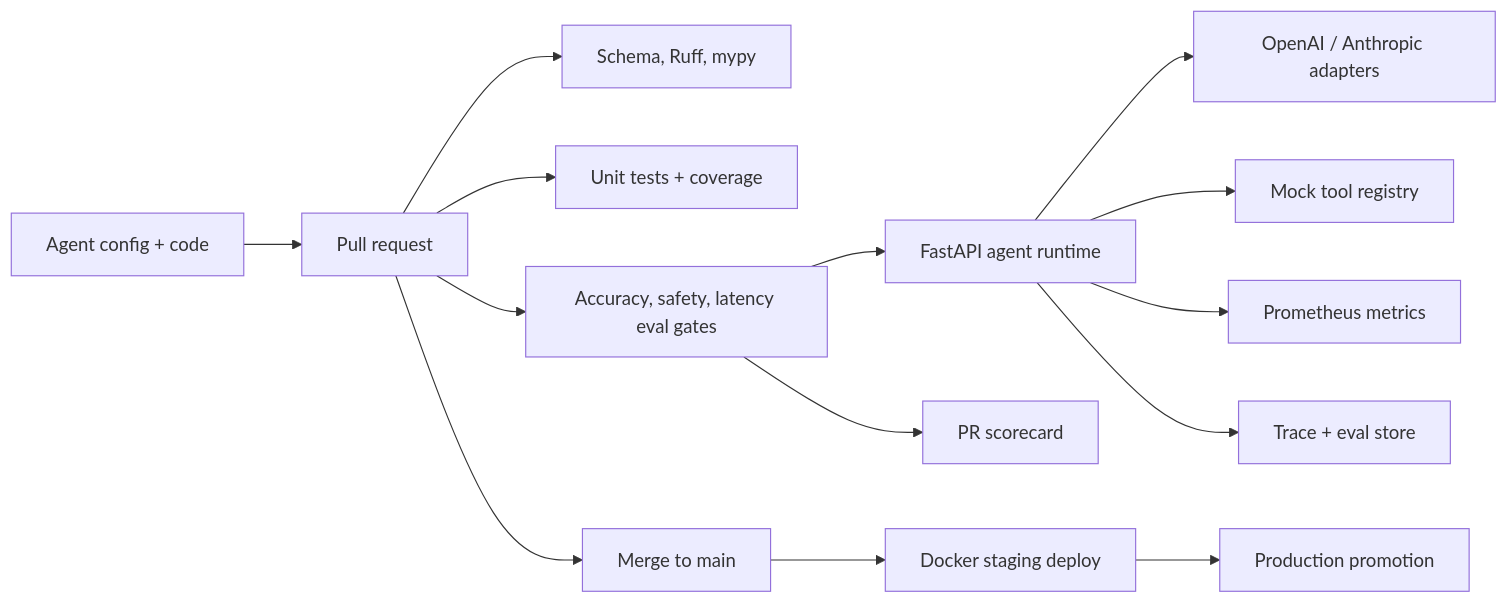
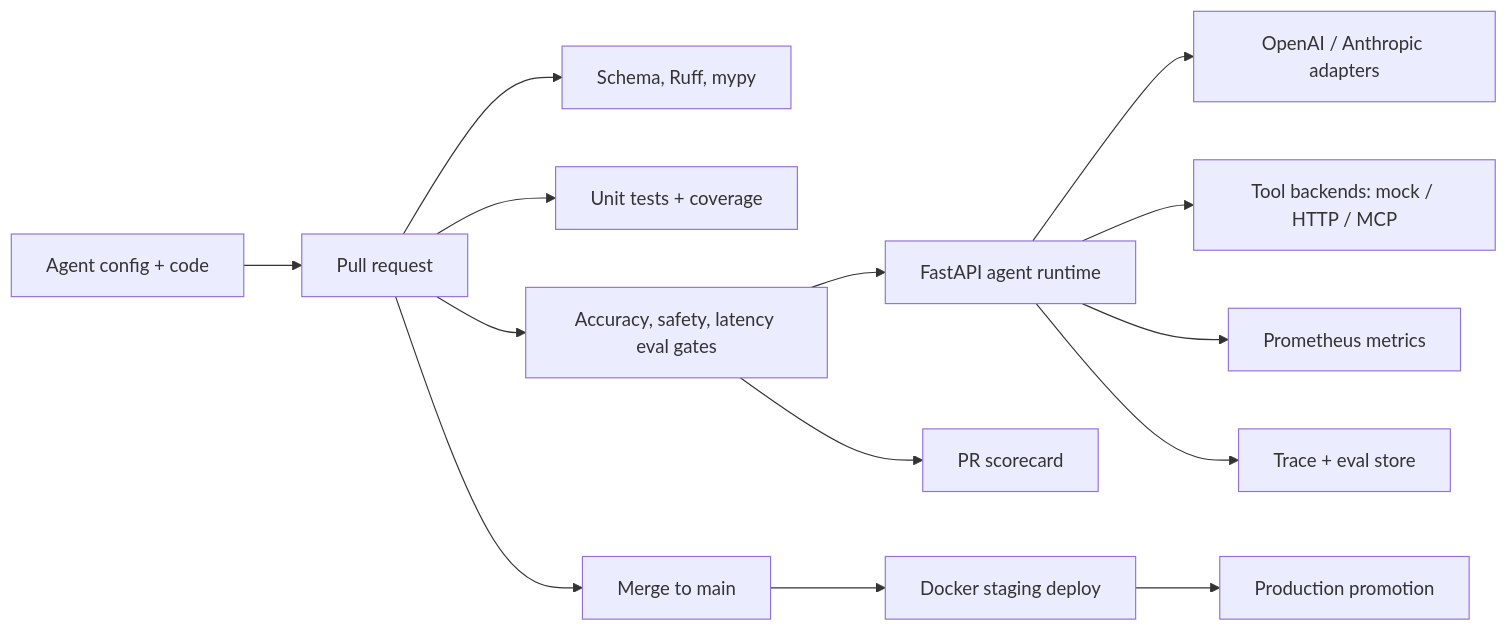
Before and after one commit to skandvj/agentic-cicd-pipeline: the diagram in README.md, drawn with Mermaid. The commit also changed other lines of this file and 6 other files, not shown here.

````diff
--- a/README.md
+++ b/README.md
@@ -5,16 +5,16 @@
 ```mermaid
 flowchart LR
   Dev["Agent config + code"] --> PR["Pull request"]
   PR --> Lint["Schema, Ruff, mypy"]
   PR --> Tests["Unit tests + coverage"]
   PR --> Evals["Accuracy, safety, latency eval gates"]
   Evals --> Runtime["FastAPI agent runtime"]
   Runtime --> Providers["OpenAI / Anthropic adapters"]
-  Runtime --> Tools["Mock tool registry"]
+  Runtime --> Tools["Tool backends: mock / HTTP / MCP"]
   Runtime --> Metrics["Prometheus metrics"]
   Runtime --> Traces["Trace + eval store"]
   Evals --> Report["PR scorecard"]
   PR --> Main["Merge to main"]
   Main --> Staging["Docker staging deploy"]
   Staging --> Prod["Production promotion"]
 ```
````
